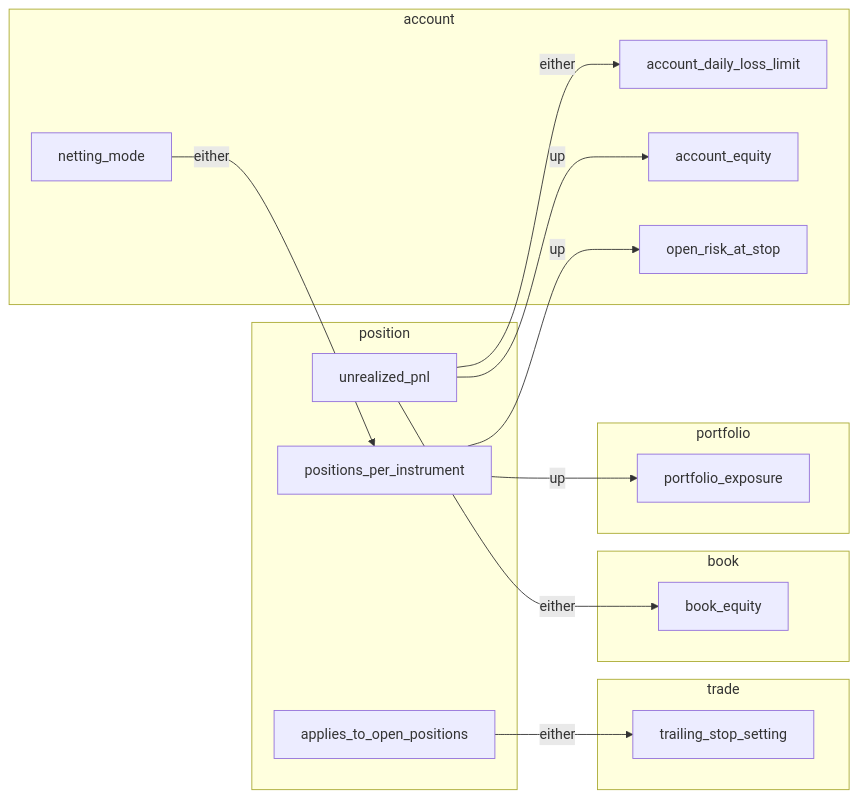
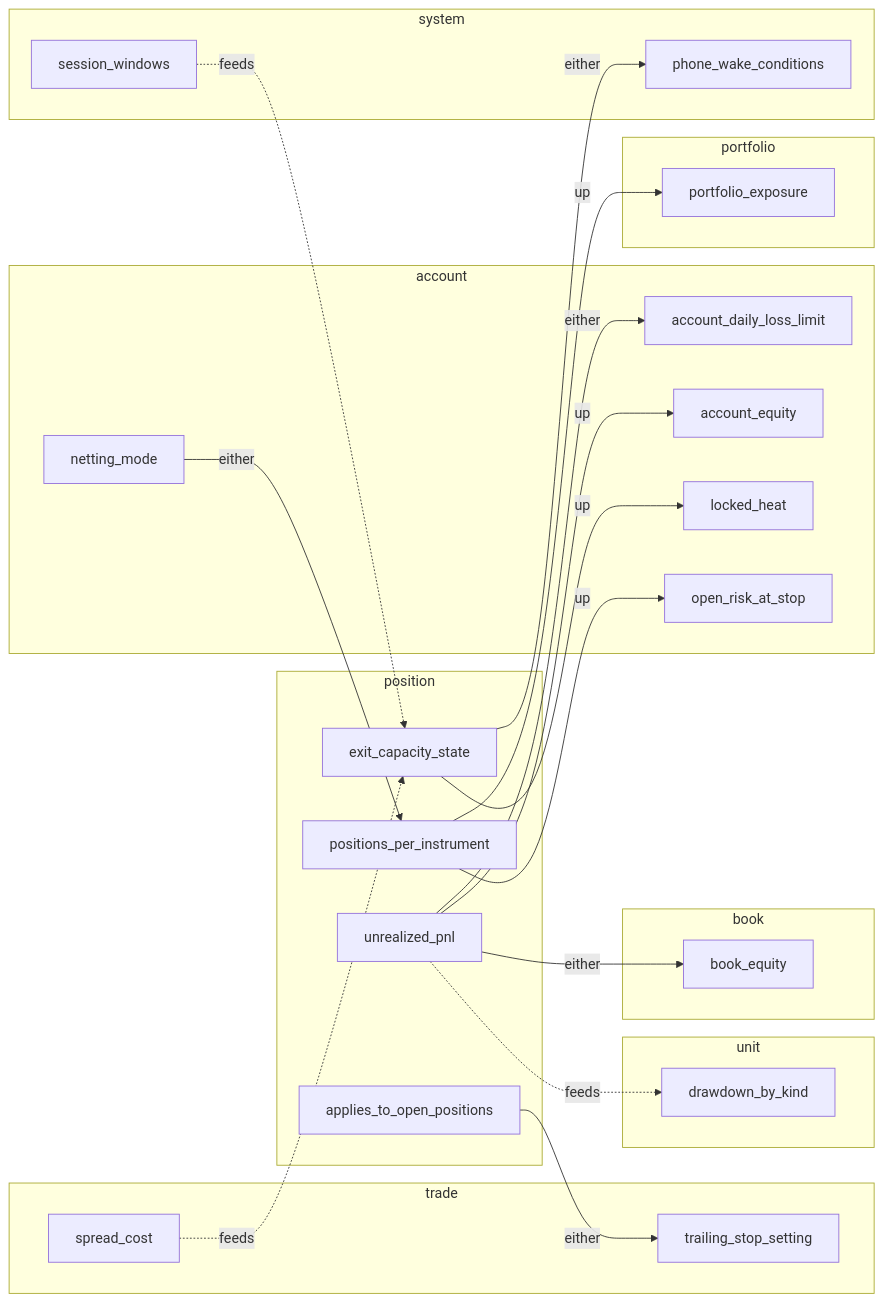
Before and after one commit to mubarakhimself-byte/QMX: the third of 10 diagrams in tracker/risk-core/ledger/couplings.md, drawn with Mermaid. The commit also changed other lines of this file and 6 other files, not shown here.

````diff
--- a/tracker/risk-core/ledger/couplings.md
+++ b/tracker/risk-core/ledger/couplings.md
@@ -1148,30 +1386,45 @@
 ```mermaid
 flowchart LR
   subgraph L_trade["trade"]
+    spread_cost["spread_cost"]
     trailing_stop_setting["trailing_stop_setting"]
   end
   subgraph L_position["position"]
     applies_to_open_positions["applies_to_open_positions"]
+    exit_capacity_state["exit_capacity_state"]
     positions_per_instrument["positions_per_instrument"]
     unrealized_pnl["unrealized_pnl"]
+  end
+  subgraph L_unit["unit"]
+    drawdown_by_kind["drawdown_by_kind"]
   end
   subgraph L_book["book"]
     book_equity["book_equity"]
   end
   subgraph L_portfolio["portfolio"]
     portfolio_exposure["portfolio_exposure"]
   end
   subgraph L_account["account"]
     account_daily_loss_limit["account_daily_loss_limit"]
     account_equity["account_equity"]
+    locked_heat["locked_heat"]
     netting_mode["netting_mode"]
     open_risk_at_stop["open_risk_at_stop"]
   end
+  subgraph L_system["system"]
+    phone_wake_conditions["phone_wake_conditions"]
+    session_windows["session_windows"]
+  end
   applies_to_open_positions -->|either| trailing_stop_setting
+  exit_capacity_state -->|up| locked_heat
+  exit_capacity_state -->|either| phone_wake_conditions
   netting_mode -->|either| positions_per_instrument
   positions_per_instrument -->|up| open_risk_at_stop
   positions_per_instrument -->|up| portfolio_exposure
+  session_windows -.->|feeds| exit_capacity_state
+  spread_cost -.->|feeds| exit_capacity_state
   unrealized_pnl -->|either| account_daily_loss_limit
   unrealized_pnl -->|up| account_equity
   unrealized_pnl -->|either| book_equity
+  unrealized_pnl -.->|feeds| drawdown_by_kind
 ```
````
